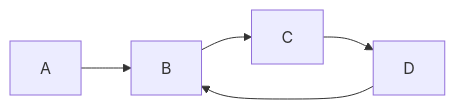
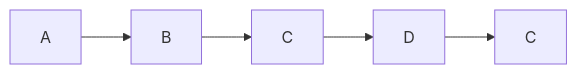
One commit to snsin/diagrams changed the diagram in wrong-pairs.md. Above: the diagram before and after it, drawn with Mermaid.

Commit message:
change link D-B to D-C

````diff
--- a/wrong-pairs.md
+++ b/wrong-pairs.md
@@ -1,7 +1,7 @@
 ```mermaid
   graph LR;
       A-->B;
       B-->C;
       C-->D;
-      D-->B;
+      D-->С;
 ```
````
